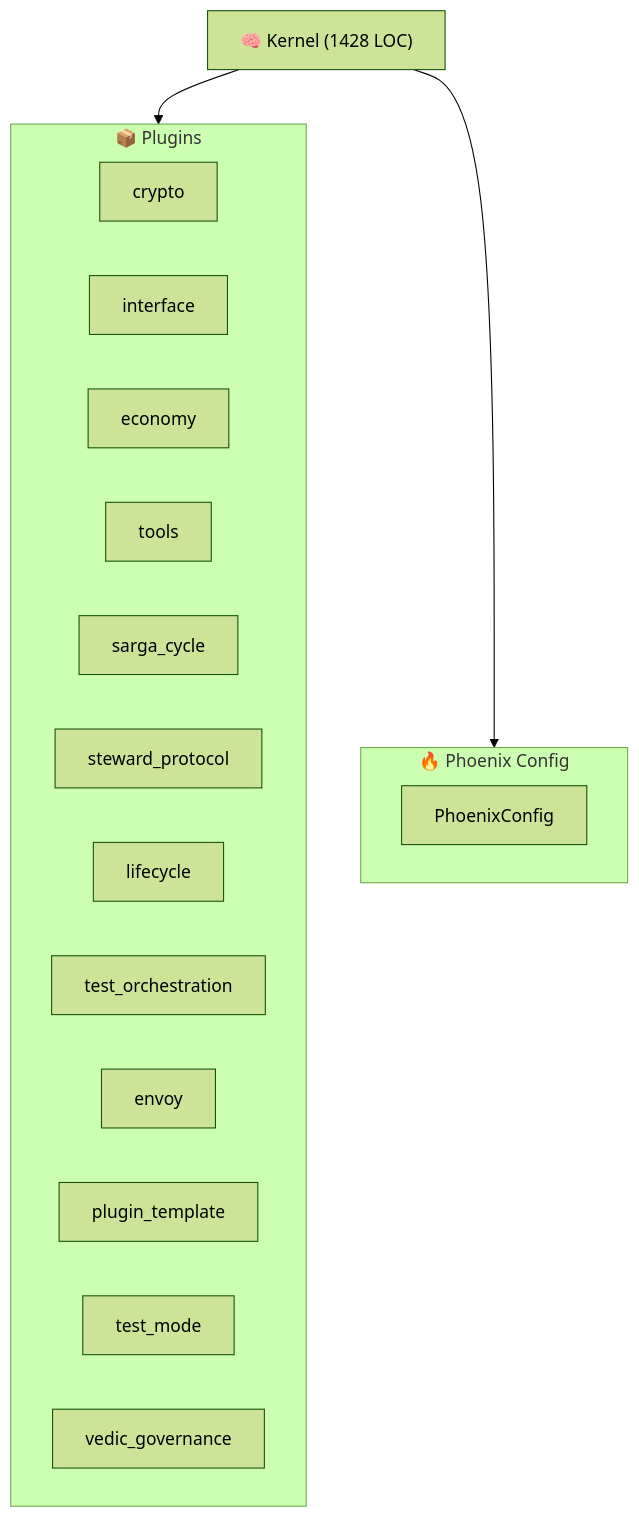
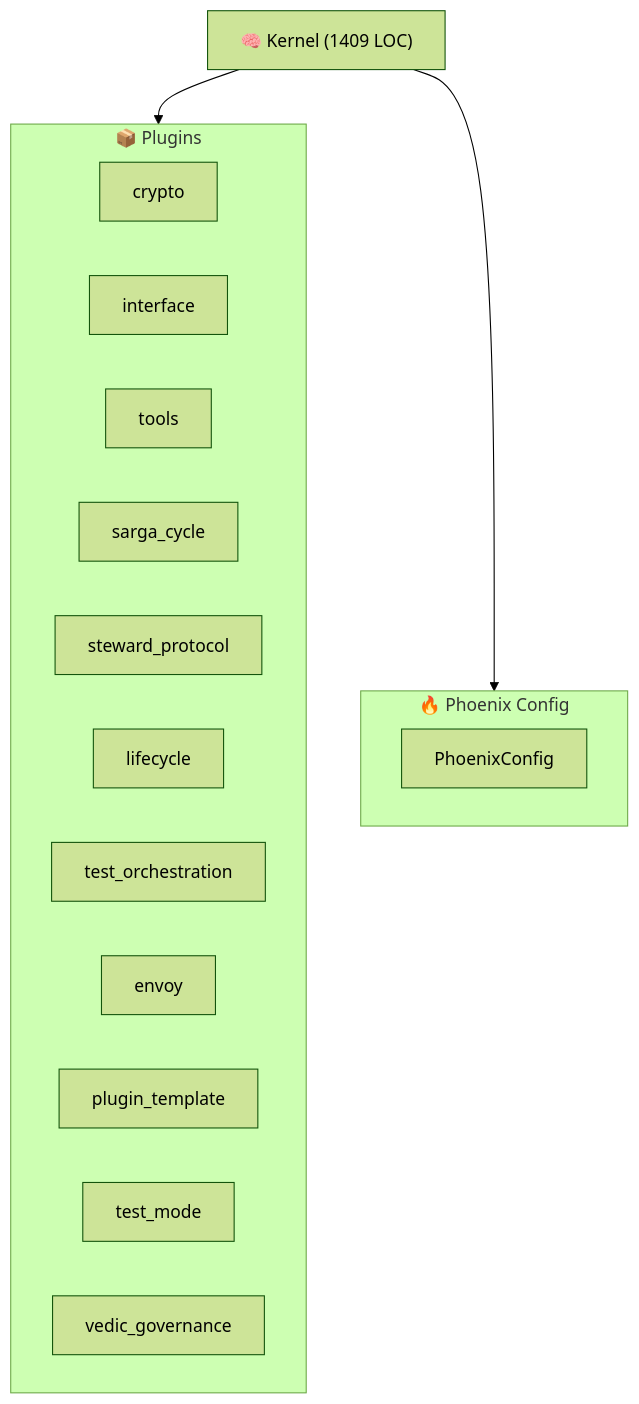
The diagram in ARCHITECTURE.md (kimeisele/steward-protocol), drawn with Mermaid (forest theme) before and after one commit. The commit also changed other lines of this file and 14 other files, not shown here.

````diff
--- a/ARCHITECTURE.md
+++ b/ARCHITECTURE.md
@@ -8,23 +8,22 @@
 ```mermaid
 graph TB
-    K["🧠 Kernel (1428 LOC)"]
+    K["🧠 Kernel (1409 LOC)"]
     subgraph Plugins["📦 Plugins"]
         P_crypto["crypto"]
         P_interface["interface"]
-        P_economy["economy"]
         P_tools["tools"]
         P_sarga_cycle["sarga_cycle"]
         P_steward_protocol["steward_protocol"]
         P_lifecycle["lifecycle"]
         P_test_orchestration["test_orchestration"]
         P_envoy["envoy"]
         P_plugin_template["plugin_template"]
         P_test_mode["test_mode"]
         P_vedic_governance["vedic_governance"]
     end
     K --> Plugins
     subgraph Config["🔥 Phoenix Config"]
         PC[PhoenixConfig]
     end
     K --> Config
 ```
````
